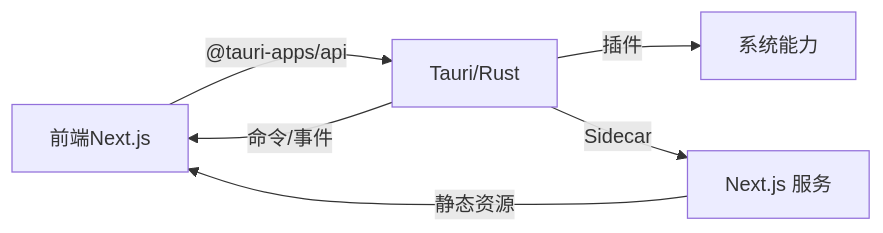
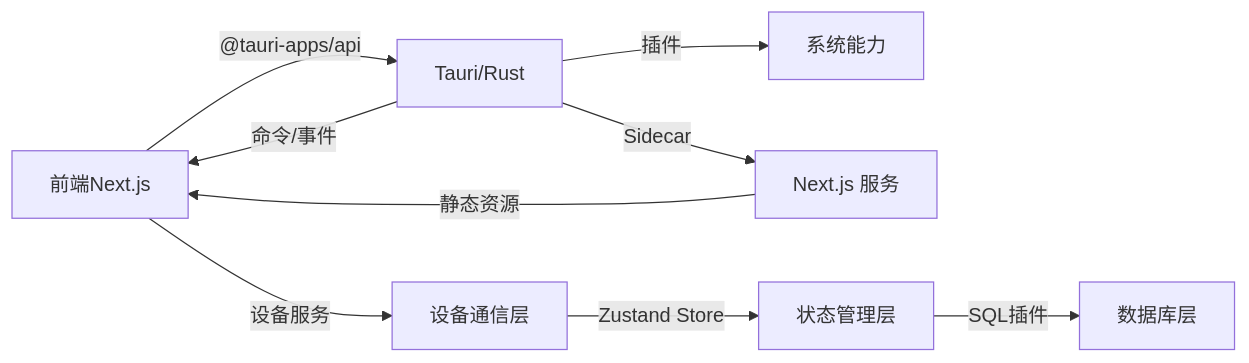
Before and after one commit to ggtiger/SSTS: the tenth of 10 diagrams in .qoder/repowiki/zh/content/架构设计/架构设计.md, drawn with Mermaid. The commit also changed other lines of this file and 12 other files, not shown here.

````diff
--- a/.qoder/repowiki/zh/content/架构设计/架构设计.md
+++ b/.qoder/repowiki/zh/content/架构设计/架构设计.md
@@ -333,8 +539,11 @@
 ```mermaid
 graph LR
 Frontend["前端Next.js"] -- "@tauri-apps/api" --> Tauri["Tauri/Rust"]
 Tauri -- "命令/事件" --> Frontend
 Tauri -- "插件" --> OS["系统能力"]
 Tauri -- "Sidecar" --> Server["Next.js 服务"]
 Server -- "静态资源" --> Frontend
+Frontend -- "设备服务" --> DeviceService["设备通信层"]
+DeviceService -- "Zustand Store" --> StateManagement["状态管理层"]
+StateManagement -- "SQL插件" --> Database["数据库层"]
 ```
````
